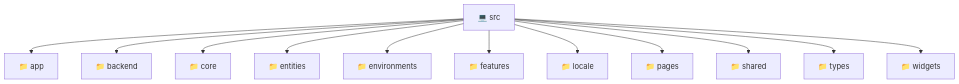
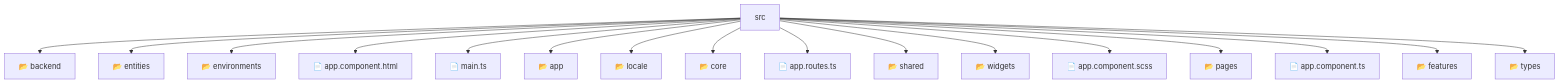
One commit to beginwebdev2002/fullstack-mavluda changed the diagram in frontend/src/README.md. Above: the diagram before and after it, drawn with Mermaid. The commit also changed other lines of this file and 155 other files, not shown here.

````diff
--- a/frontend/src/README.md
+++ b/frontend/src/README.md
@@ -9,15 +14,20 @@
 ```mermaid
 graph TD
-  Root["💻 src"]
-  Root --> app["📁 app"]
-  Root --> backend["📁 backend"]
-  Root --> core["📁 core"]
-  Root --> entities["📁 entities"]
-  Root --> environments["📁 environments"]
-  Root --> features["📁 features"]
-  Root --> locale["📁 locale"]
-  Root --> pages["📁 pages"]
-  Root --> shared["📁 shared"]
-  Root --> types["📁 types"]
-  Root --> widgets["📁 widgets"]
+    Root[src]
+    Root --> F0[📂 backend]
+    Root --> F1[📂 entities]
+    Root --> F2[📂 environments]
+    Root --> F3[📄 app.component.html]
+    Root --> F4[📄 main.ts]
+    Root --> F5[📂 app]
+    Root --> F6[📂 locale]
+    Root --> F7[📂 core]
+    Root --> F8[📄 app.routes.ts]
+    Root --> F9[📂 shared]
+    Root --> F10[📂 widgets]
+    Root --> F11[📄 app.component.scss]
+    Root --> F12[📂 pages]
+    Root --> F13[📄 app.component.ts]
+    Root --> F14[📂 features]
+    Root --> F15[📂 types]
 ```
````
